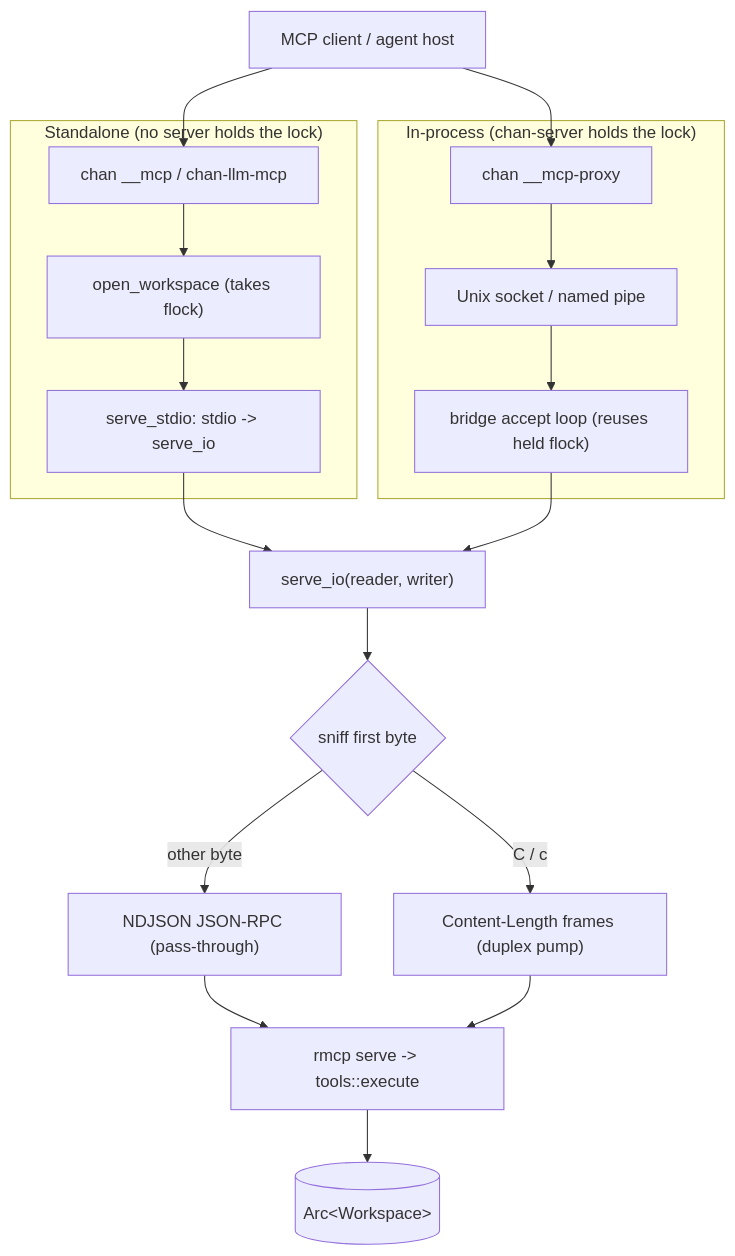
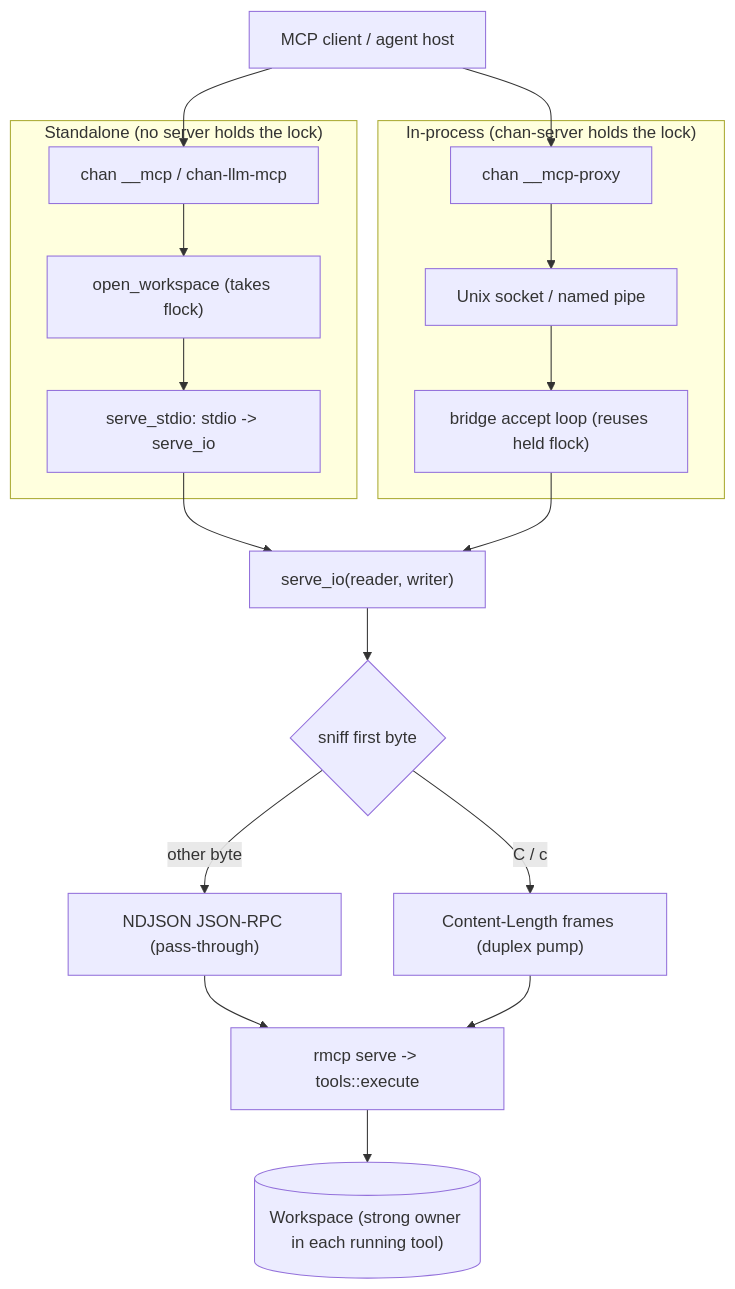
One commit to fiorix/chan changed the diagram in crates/chan-llm/design.md. Above: the diagram before and after it, drawn with Mermaid. The commit also changed other lines of this file and 5 other files, not shown here.

````diff
--- a/crates/chan-llm/design.md
+++ b/crates/chan-llm/design.md
@@ -24,38 +24,38 @@
 ```mermaid
 flowchart TD
     Client["MCP client / agent host"]
 
     subgraph standalone["Standalone (no server holds the lock)"]
         Stdio["chan __mcp / chan-llm-mcp"]
         OpenWs["open_workspace (takes flock)"]
         ServeStdio["serve_stdio: stdio -> serve_io"]
     end
 
     subgraph inproc["In-process (chan-server holds the lock)"]
         Proxy["chan __mcp-proxy"]
         Sock["Unix socket / named pipe"]
         Bridge["bridge accept loop (reuses held flock)"]
     end
 
     ServeIo["serve_io(reader, writer)"]
     Sniff{"sniff first byte"}
     NDJSON["NDJSON JSON-RPC (pass-through)"]
     Framed["Content-Length frames (duplex pump)"]
     Rmcp["rmcp serve -> tools::execute"]
-    Ws[("Arc&lt;Workspace&gt;")]
+    Ws[("Workspace (strong owner in each running tool)")]
 
     Client --> Stdio
     Client --> Proxy
     Stdio --> OpenWs
     OpenWs --> ServeStdio
     ServeStdio --> ServeIo
     Proxy --> Sock
     Sock --> Bridge
     Bridge --> ServeIo
     ServeIo --> Sniff
     Sniff -->|"other byte"| NDJSON
     Sniff -->|"C / c"| Framed
     NDJSON --> Rmcp
     Framed --> Rmcp
     Rmcp --> Ws
 ```
````
